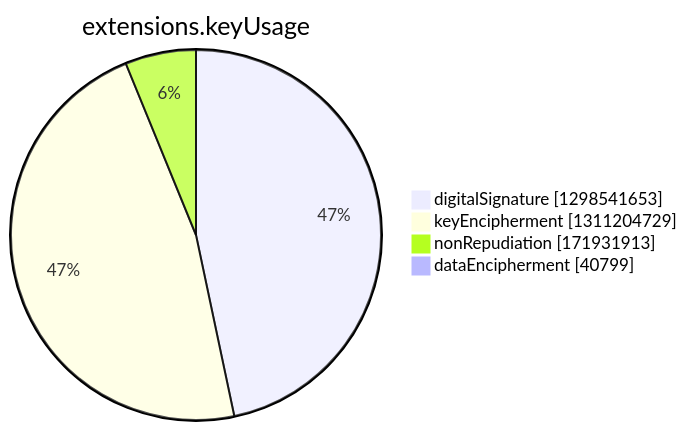
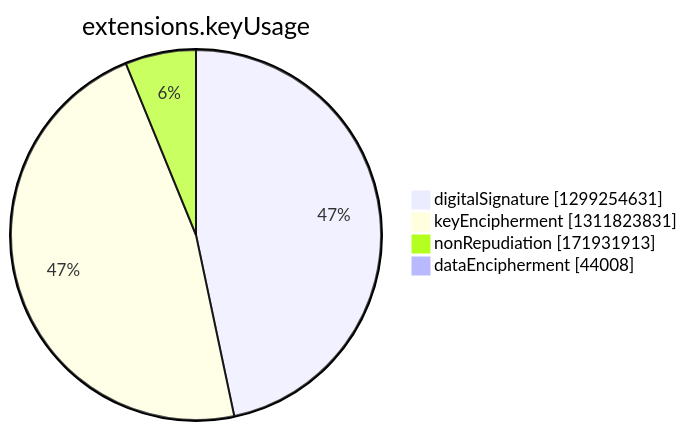
Before and after one commit to christiankrug/ctmonitor_visualization: the seventh of 15 diagrams in argon2022/README.md, drawn with Mermaid. The commit also changed other lines of this file, not shown here.

````diff
--- a/argon2022/README.md
+++ b/argon2022/README.md
@@ -2749,8 +2749,8 @@
 ```mermaid
 pie showData
 title extensions.keyUsage
-"digitalSignature" :1298541653
-"keyEncipherment" :1311204729
+"digitalSignature" :1299254631
+"keyEncipherment" :1311823831
 "nonRepudiation" :171931913
-"dataEncipherment" :40799
+"dataEncipherment" :44008
 ```
````
